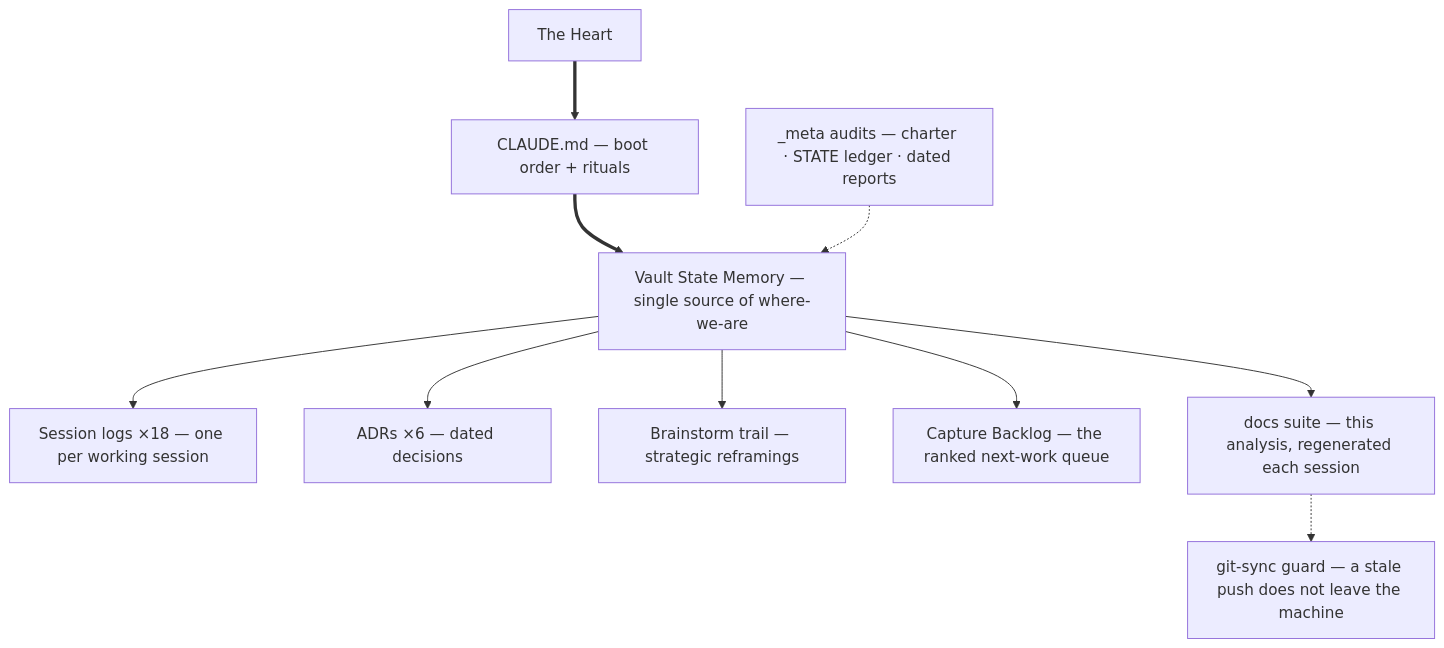
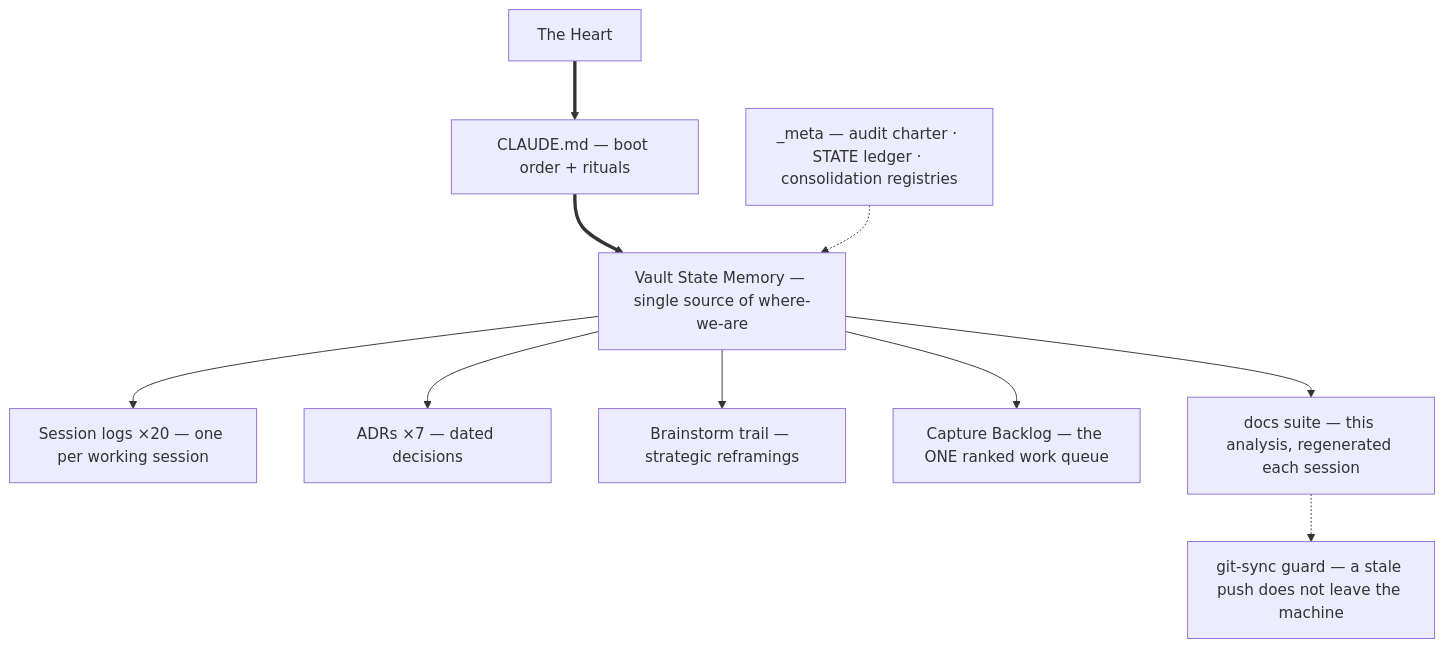
One commit to OrfeasDelis/afoi-deli-vault changed the fourth of 4 diagrams in docs/RELATIONSHIP_TREES.md. Above: the diagram before and after it, drawn with Mermaid. The commit also changed other lines of this file and 17 other files, not shown here.

Commit message:
docs: first consolidation baseline (Pass 0-2) — 49-correction matrix, overlap + canonical registries, baseline report; analysis v1.4 (leak fixes + suite refresh); session log

````diff
--- a/docs/RELATIONSHIP_TREES.md
+++ b/docs/RELATIONSHIP_TREES.md
@@ -87,12 +87,12 @@
 ```mermaid
 graph TD
     heart2["The Heart"] ==> claude2["CLAUDE.md — boot order + rituals"]
     claude2 ==> vsm2["Vault State Memory — single source of where-we-are"]
-    vsm2 --> sessions["Session logs ×18 — one per working session"]
-    vsm2 --> adrs["ADRs ×6 — dated decisions"]
+    vsm2 --> sessions["Session logs ×20 — one per working session"]
+    vsm2 --> adrs["ADRs ×7 — dated decisions"]
     vsm2 --> brains["Brainstorm trail — strategic reframings"]
-    vsm2 --> backlog["Capture Backlog — the ranked next-work queue"]
-    audits2["_meta audits — charter · STATE ledger · dated reports"] -.-> vsm2
+    vsm2 --> backlog["Capture Backlog — the ONE ranked work queue"]
+    audits2["_meta — audit charter · STATE ledger · consolidation registries"] -.-> vsm2
     vsm2 --> docsuite["docs suite — this analysis, regenerated each session"]
     docsuite -.-> guard2["git-sync guard — a stale push does not leave the machine"]
 ```
````
